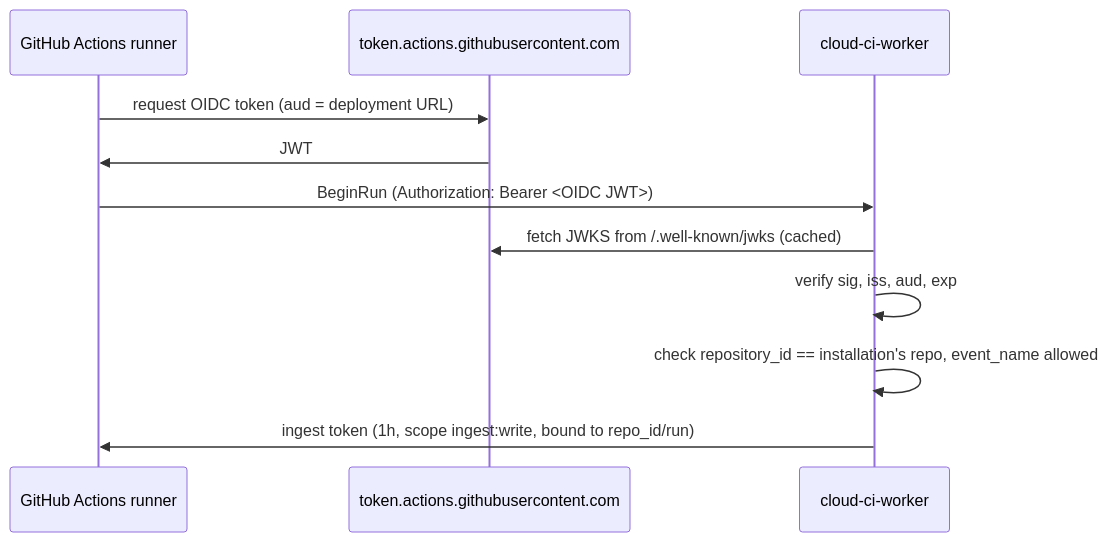
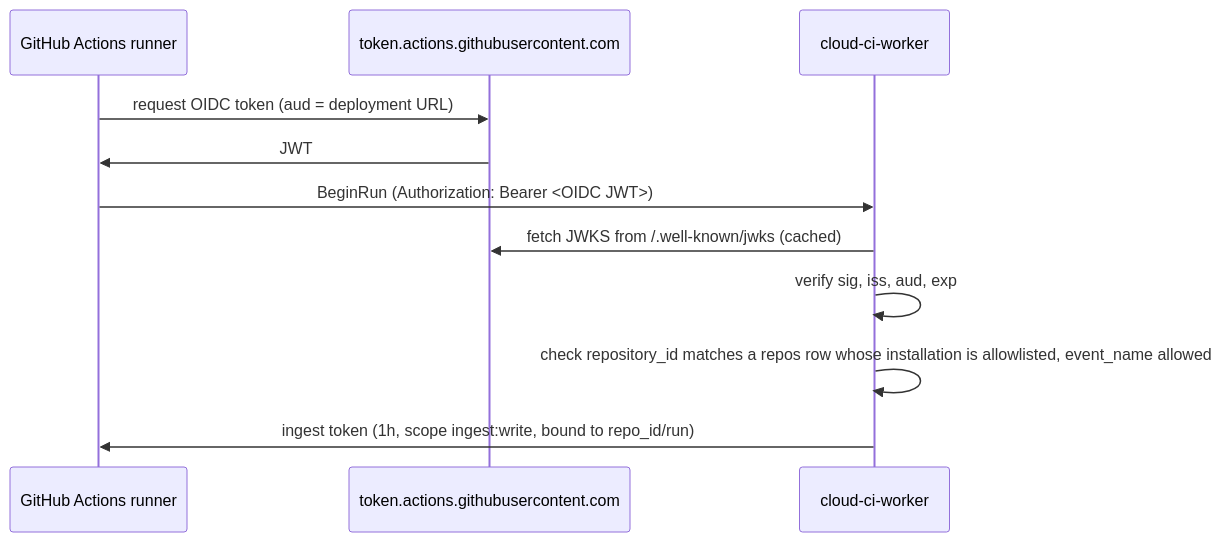
Before and after one commit to btkostner/cloud-ci: the first of 2 diagrams in docs/design/auth.md, drawn with Mermaid. The commit also changed other lines of this file and 19 other files, not shown here.

````diff
--- a/docs/design/auth.md
+++ b/docs/design/auth.md
@@ -235,14 +270,14 @@
 ```mermaid
 sequenceDiagram
     participant R as GitHub Actions runner
     participant GH as token.actions.githubusercontent.com
     participant W as cloud-ci-worker
 
     R->>GH: request OIDC token (aud = deployment URL)
     GH->>R: JWT
     R->>W: BeginRun (Authorization: Bearer <OIDC JWT>)
     W->>GH: fetch JWKS from /.well-known/jwks (cached)
     W->>W: verify sig, iss, aud, exp
-    W->>W: check repository_id == installation's repo, event_name allowed
+    W->>W: check repository_id matches a repos row whose installation is allowlisted, event_name allowed
     W->>R: ingest token (1h, scope ingest:write, bound to repo_id/run)
 ```
````
